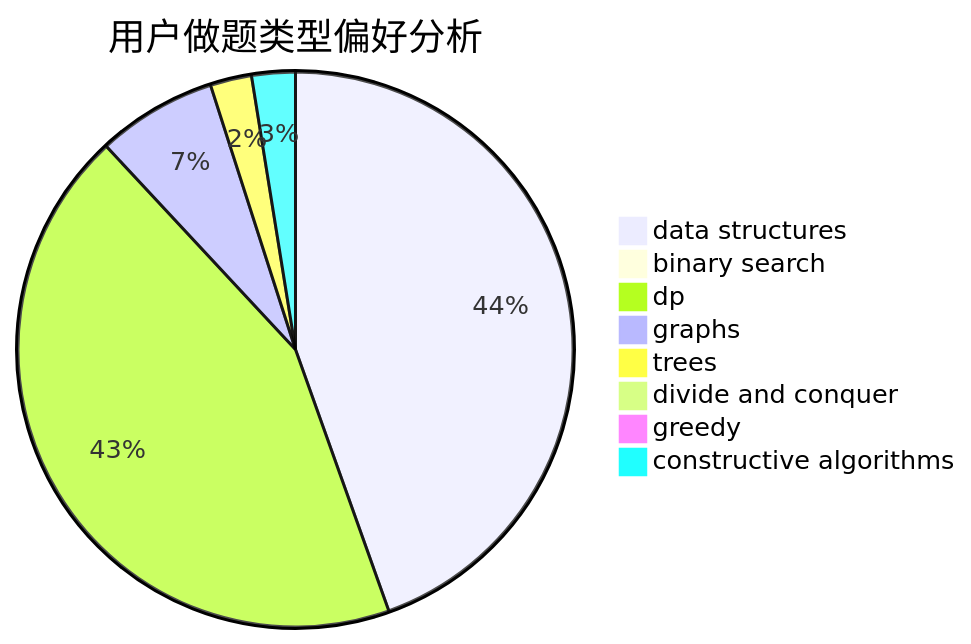
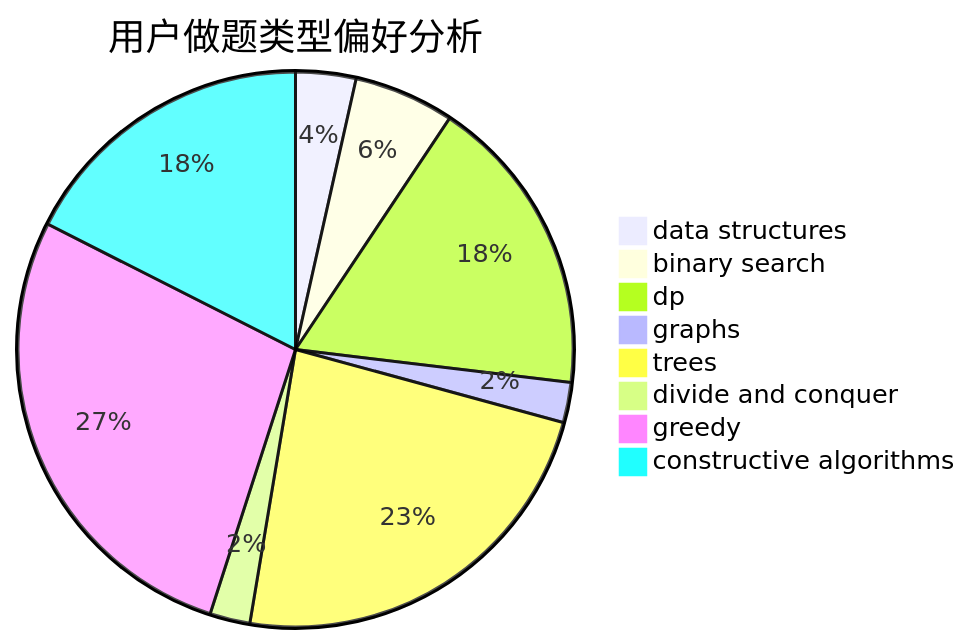
Before and after one commit to sherpahu/cfrs.github.io: the second of 3 diagrams in docs/user/u435.md, drawn with Mermaid. The commit also changed other lines of this file and 2770 other files, not shown here.

````diff
--- a/docs/user/u435.md
+++ b/docs/user/u435.md
@@ -23,11 +23,11 @@
 ```mermaid
 pie title 用户做题类型偏好分析
-    "data structures" :  351
-    "binary search" :  0
-    "dp" :  343
-    "graphs" :  55
-    "trees" :  19
-    "divide and conquer" :  7
-    "greedy" :  0
-    "constructive algorithms" :  20
+    "data structures" :  6
+    "binary search" :  10
+    "dp" :  30
+    "graphs" :  4
+    "trees" :  40
+    "divide and conquer" :  4
+    "greedy" :  47
+    "constructive algorithms" :  30
 ```
````
